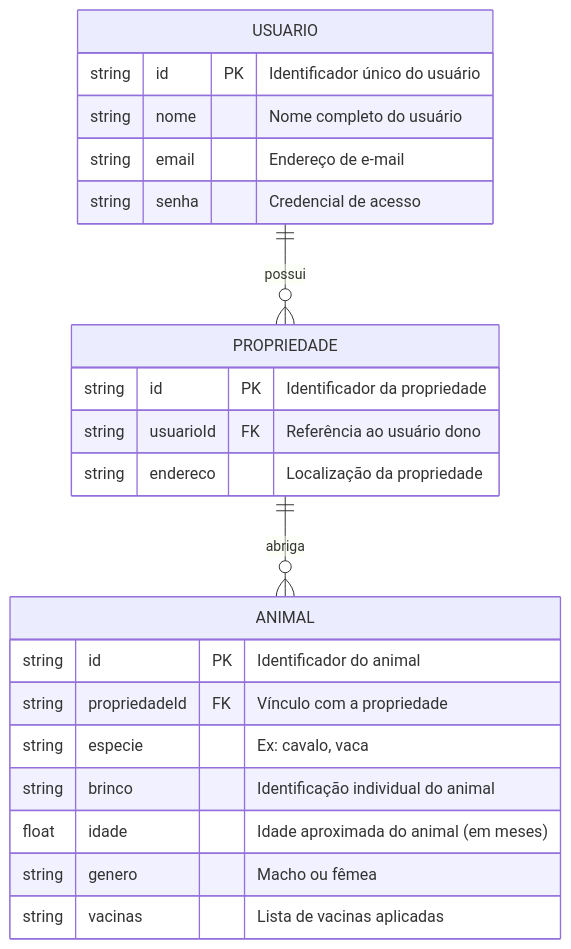
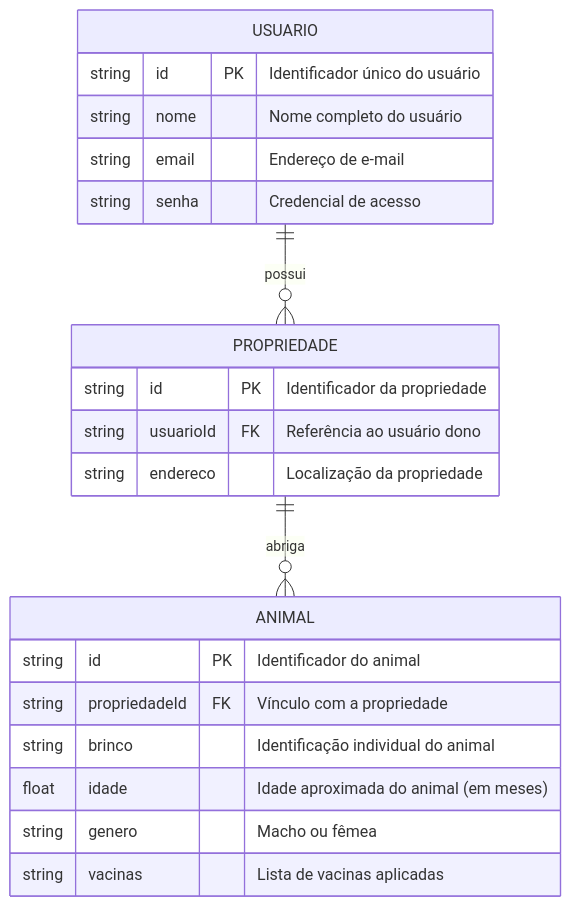
One commit to kowalczyk-eduardo/meu-rancho changed the diagram in docs/spec.md. Above: the diagram before and after it, drawn with Mermaid.

````diff
--- a/docs/spec.md
+++ b/docs/spec.md
@@ -10,28 +10,27 @@
 ```mermaid
 erDiagram
     USUARIO ||--o{ PROPRIEDADE : "possui"
     PROPRIEDADE ||--o{ ANIMAL : "abriga"
 
     USUARIO {
         string id PK "Identificador único do usuário"
         string nome "Nome completo do usuário"
         string email "Endereço de e-mail"
         string senha "Credencial de acesso"
     }
 
     PROPRIEDADE {
         string id PK "Identificador da propriedade"
         string usuarioId FK "Referência ao usuário dono"
         string endereco "Localização da propriedade"
     }
 
     ANIMAL {
         string id PK "Identificador do animal"
         string propriedadeId FK "Vínculo com a propriedade"
-        string especie "Ex: cavalo, vaca"
         string brinco "Identificação individual do animal"
         float idade "Idade aproximada do animal (em meses)"
         string genero "Macho ou fêmea"
         string vacinas "Lista de vacinas aplicadas"
     }
 ```
````
